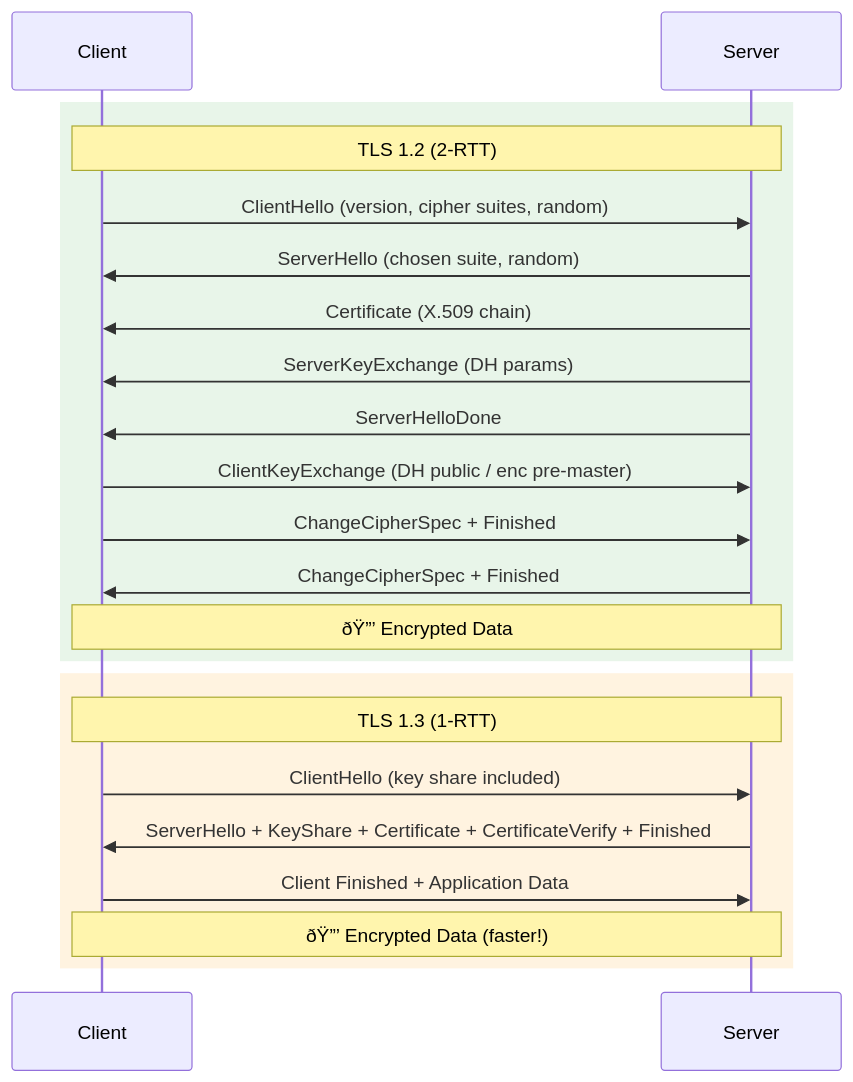
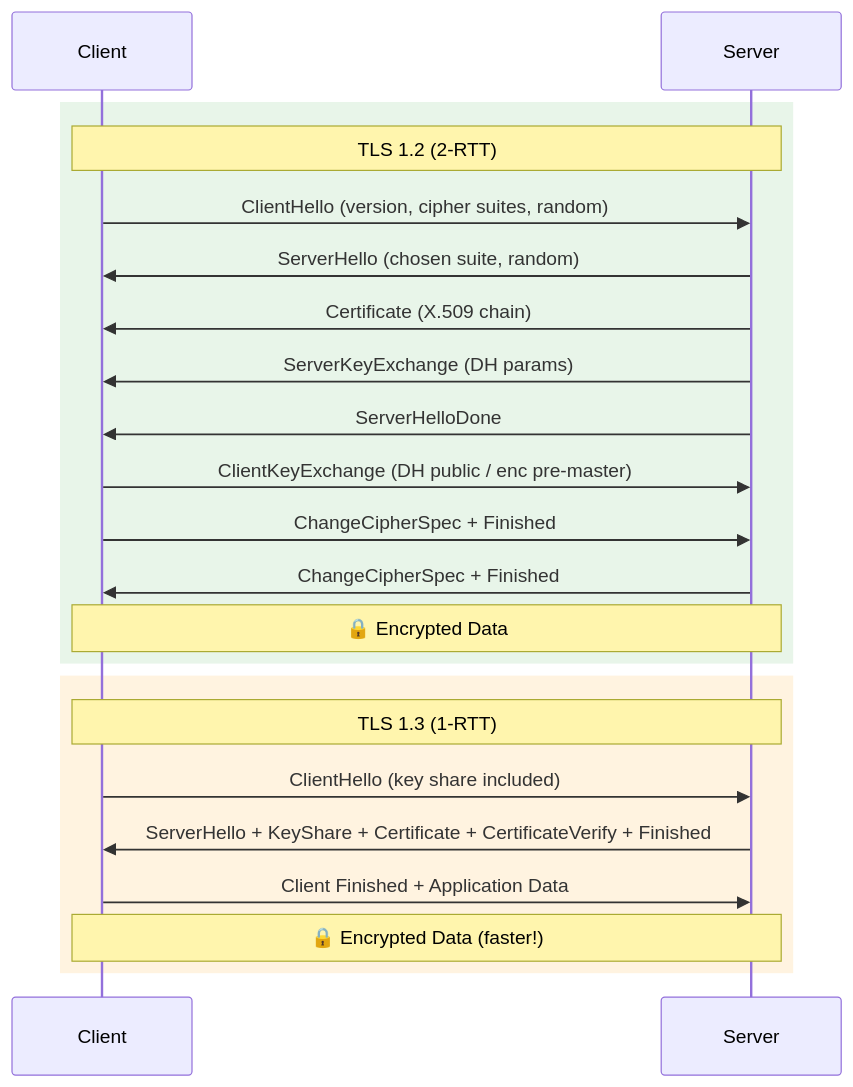
The fifth of 5 diagrams in docs/courses/information-security/02-network-security.md (Raushan666java/ai-engineering-journey), drawn with Mermaid before and after one commit. The commit also changed other lines of this file and 965 other files, not shown here.

````diff
--- a/docs/courses/information-security/02-network-security.md
+++ b/docs/courses/information-security/02-network-security.md
@@ -1233,26 +1233,26 @@
 ```mermaid
 sequenceDiagram
     participant C as Client
     participant S as Server
 
     rect rgb(232, 245, 233)
     Note over C,S: TLS 1.2 (2-RTT)
     C->>S: ClientHello (version, cipher suites, random)
     S->>C: ServerHello (chosen suite, random)
     S->>C: Certificate (X.509 chain)
     S->>C: ServerKeyExchange (DH params)
     S->>C: ServerHelloDone
     C->>S: ClientKeyExchange (DH public / enc pre-master)
     C->>S: ChangeCipherSpec + Finished
     S->>C: ChangeCipherSpec + Finished
-    Note over C,S: ðŸ”’ Encrypted Data
+    Note over C,S: 🔒 Encrypted Data
     end
 
     rect rgb(255, 243, 224)
     Note over C,S: TLS 1.3 (1-RTT)
     C->>S: ClientHello (key share included)
     S->>C: ServerHello + KeyShare + Certificate + CertificateVerify + Finished
     C->>S: Client Finished + Application Data
-    Note over C,S: ðŸ”’ Encrypted Data (faster!)
+    Note over C,S: 🔒 Encrypted Data (faster!)
     end
 ```
````
